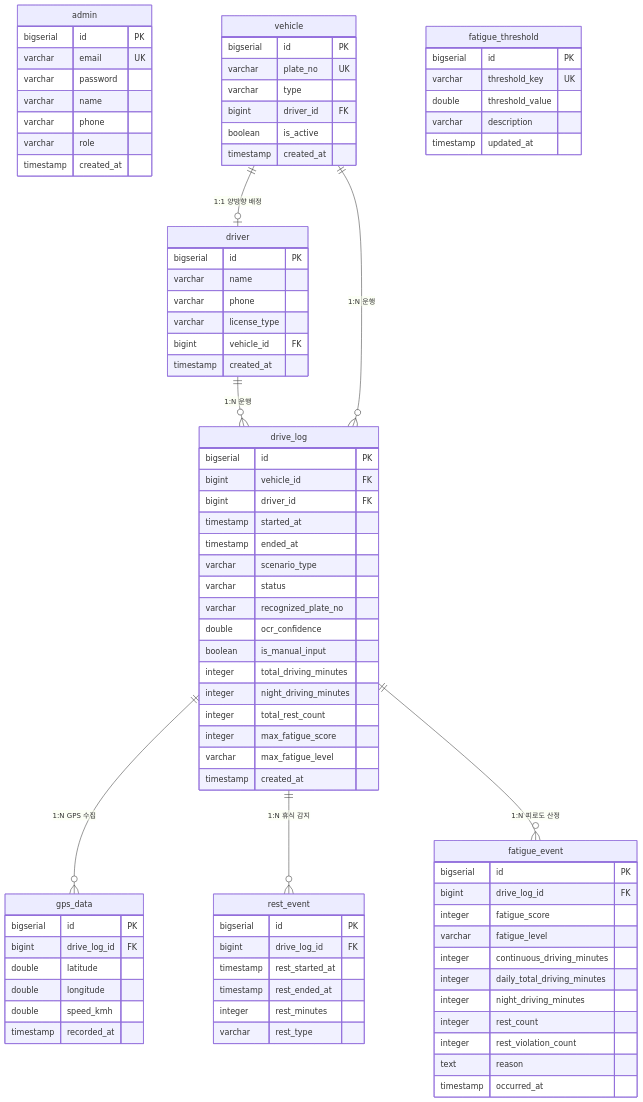
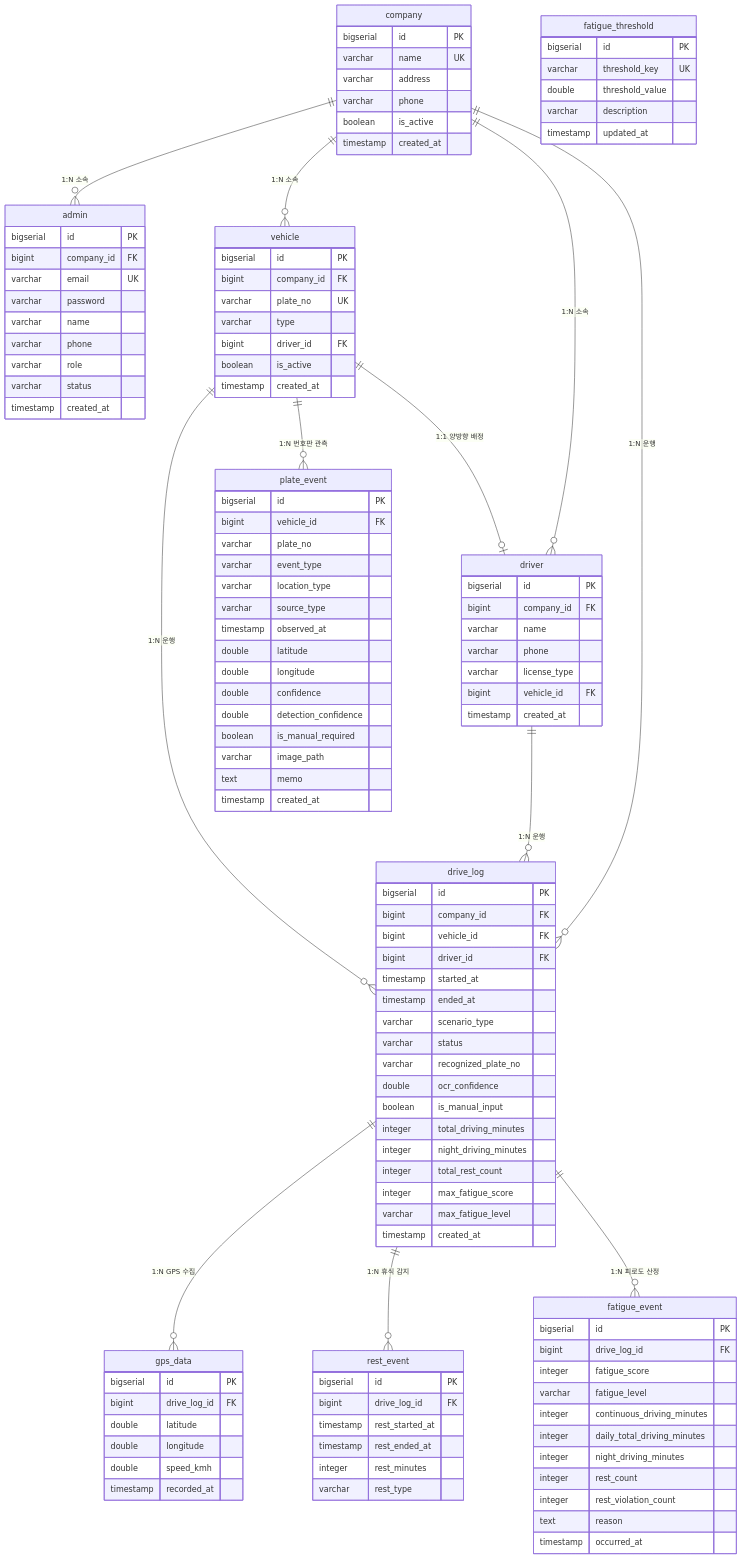
One commit to hwandroid921/logmile changed the diagram in logmile_deliverable/logmile_DB설계서.md. Above: the diagram before and after it, drawn with Mermaid. The commit also changed other lines of this file and 5 other files, not shown here.

Commit message:
[2026.05.14 seo] docs: 산출물 v5.0 업데이트 (ERD, 테이블정의서, DB설계서, 요구사항정의서, 코딩컨벤션, 프로젝트개요서)

````diff
--- a/logmile_deliverable/logmile_DB설계서.md
+++ b/logmile_deliverable/logmile_DB설계서.md
@@ -33,35 +36,49 @@
 ```mermaid
 erDiagram
+    company {
+        bigserial id PK
+        varchar   name       UK
+        varchar   address
+        varchar   phone
+        boolean   is_active
+        timestamp created_at
+    }
+
     admin {
         bigserial id PK
-        varchar    email       UK
-        varchar    password
-        varchar    name
-        varchar    phone
-        varchar    role
-        timestamp  created_at
+        bigint    company_id FK
+        varchar   email      UK
+        varchar   password
+        varchar   name
+        varchar   phone
+        varchar   role
+        varchar   status
+        timestamp created_at
     }
 
     vehicle {
         bigserial id PK
-        varchar   plate_no    UK
+        bigint    company_id FK
+        varchar   plate_no   UK
         varchar   type
-        bigint    driver_id   FK
+        bigint    driver_id  FK
         boolean   is_active
         timestamp created_at
     }
 
     driver {
         bigserial id PK
+        bigint    company_id FK
         varchar   name
         varchar   phone
         varchar   license_type
-        bigint    vehicle_id  FK
+        bigint    vehicle_id FK
         timestamp created_at
     }
 
     drive_log {
         bigserial id PK
+        bigint    company_id          FK
         bigint    vehicle_id          FK
         bigint    driver_id           FK
         timestamp started_at
@@ -79,9 +96,27 @@
         timestamp created_at
     }
 
+    plate_event {
+        bigserial id PK
+        bigint    vehicle_id          FK
+        varchar   plate_no
+        varchar   event_type
+        varchar   location_type
+        varchar   source_type
+        timestamp observed_at
+        double    latitude
+        double    longitude
+        double    confidence
+        double    detection_confidence
+        boolean   is_manual_required
+        varchar   image_path
+        text      memo
+        timestamp created_at
+    }
+
     gps_data {
         bigserial id PK
-        bigint    drive_log_id  FK
+        bigint    drive_log_id FK
         double    latitude
         double    longitude
         double    speed_kmh
@@ -113,15 +148,20 @@
 
     fatigue_threshold {
         bigserial id PK
-        varchar   threshold_key    UK
+        varchar   threshold_key UK
         double    threshold_value
         varchar   description
         timestamp updated_at
     }
 
+    company     ||--o{  admin         : "1:N 소속"
+    company     ||--o{  vehicle       : "1:N 소속"
+    company     ||--o{  driver        : "1:N 소속"
+    company     ||--o{  drive_log     : "1:N 운행"
     vehicle     ||--o|  driver        : "1:1 양방향 배정"
     driver      ||--o{  drive_log     : "1:N 운행"
     vehicle     ||--o{  drive_log     : "1:N 운행"
+    vehicle     ||--o{  plate_event   : "1:N 번호판 관측"
     drive_log   ||--o{  gps_data      : "1:N GPS 수집"
     drive_log   ||--o{  rest_event    : "1:N 휴식 감지"
     drive_log   ||--o{  fatigue_event : "1:N 피로도 산정"
````
